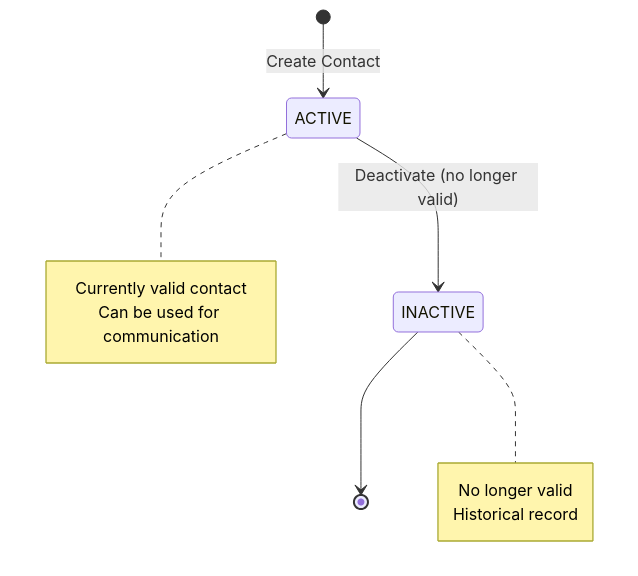
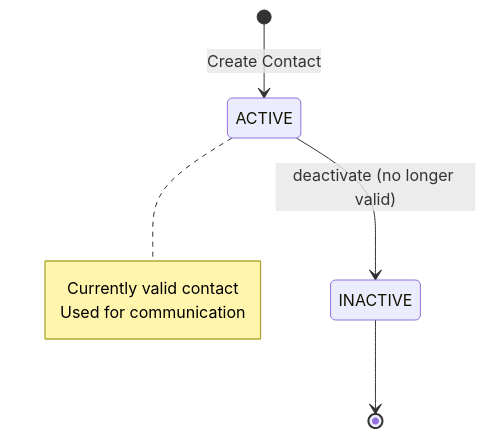
The third of 3 diagrams in docs/01-modules/CO/00-new/02.ontology/person/Contact.onto.md (a4b-corporation/xTalent), drawn with Mermaid before and after one commit. The commit also changed other lines of this file and 6 other files, not shown here.

````diff
--- a/docs/01-modules/CO/00-new/02.ontology/person/Contact.onto.md
+++ b/docs/01-modules/CO/00-new/02.ontology/person/Contact.onto.md
@@ -450,18 +402,13 @@
 ```mermaid
 stateDiagram-v2
     [*] --> ACTIVE: Create Contact
     
-    ACTIVE --> INACTIVE: Deactivate (no longer valid)
+    ACTIVE --> INACTIVE: deactivate (no longer valid)
     
     INACTIVE --> [*]
     
     note right of ACTIVE
         Currently valid contact
-        Can be used for communication
-    end note
-    
-    note right of INACTIVE
-        No longer valid
-        Historical record
+        Used for communication
     end note
 ```
````
